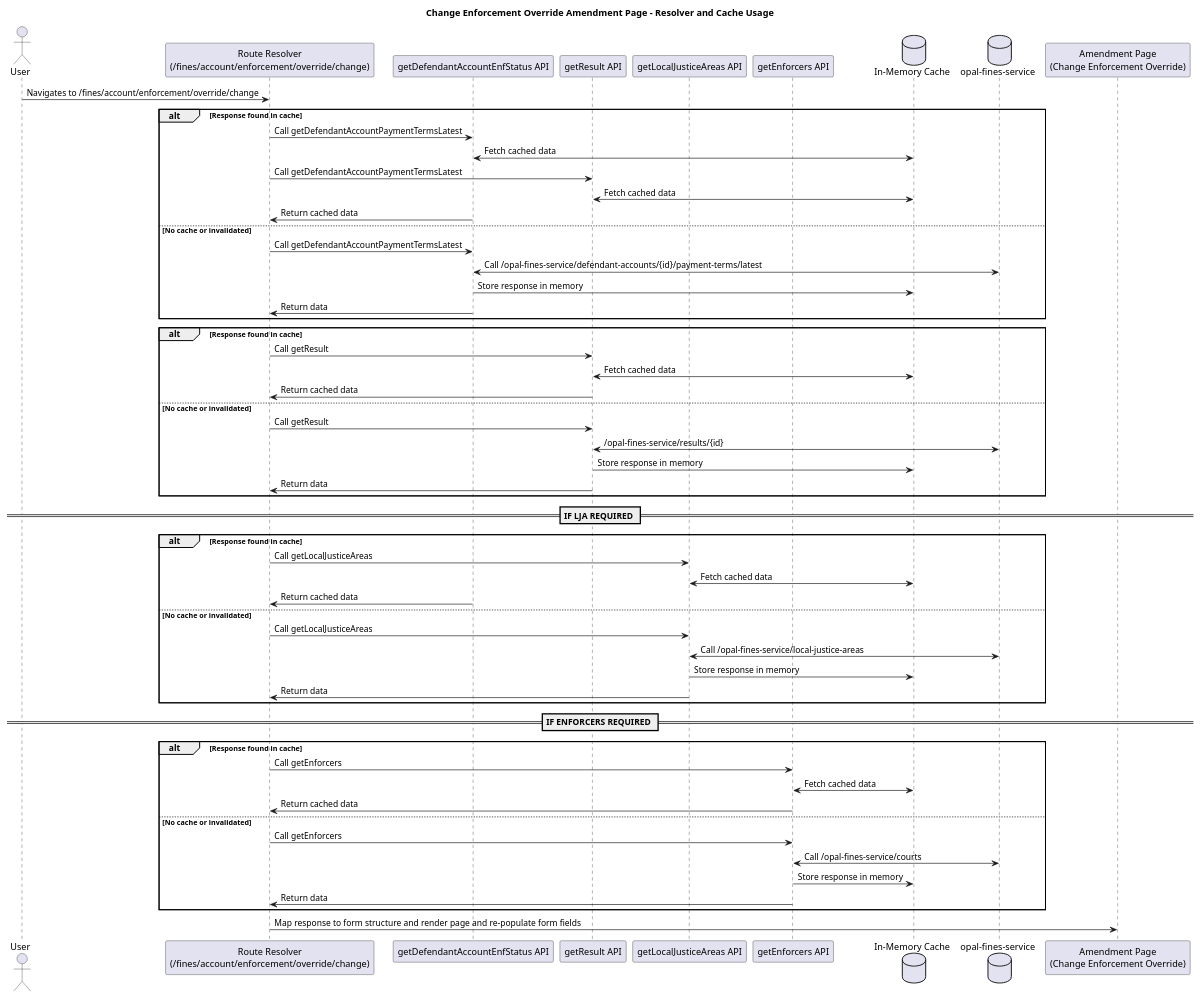
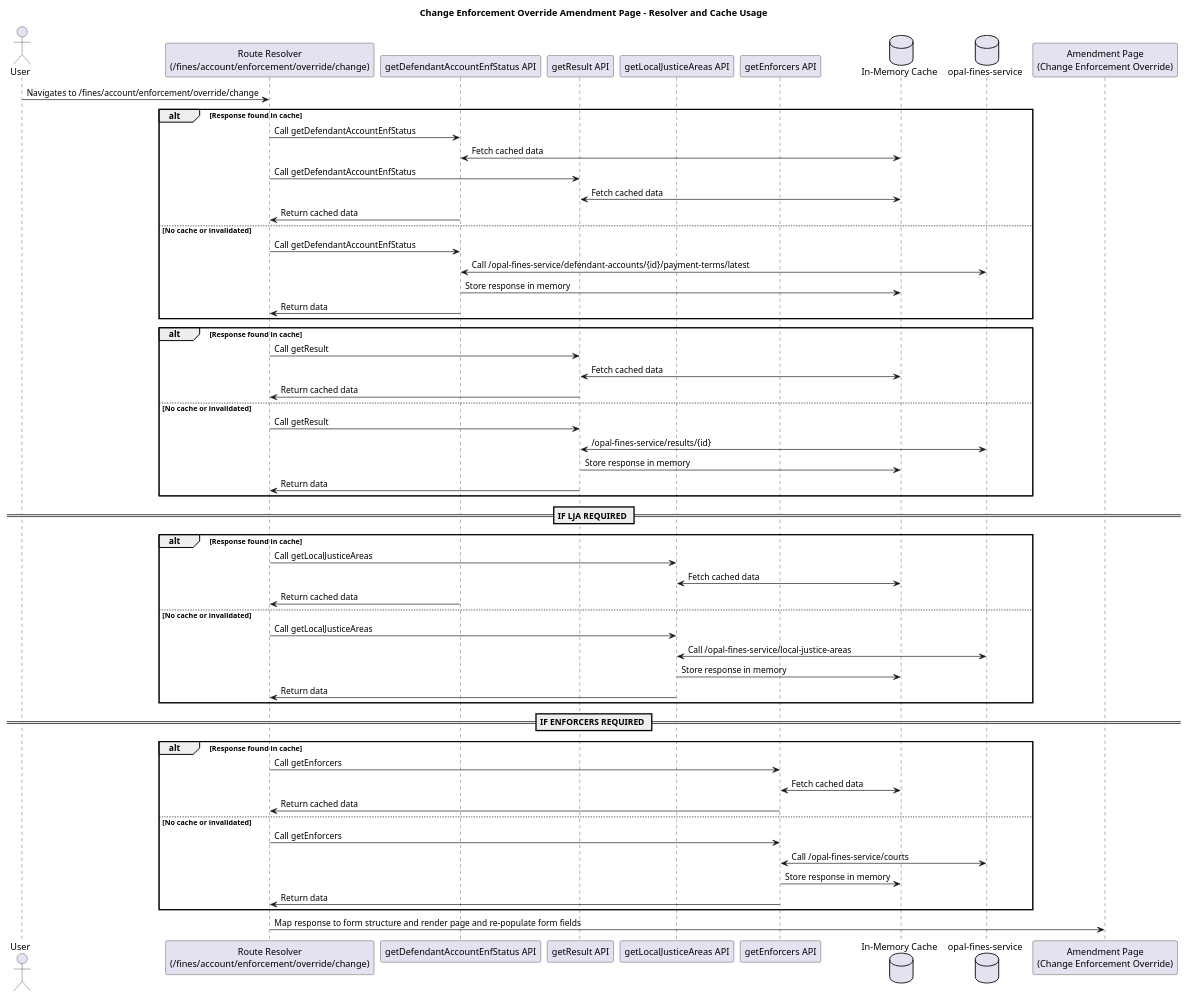
Before and after one commit to hmcts/opal-docs: the diagram in plantUML/fae-enforcement/fae-enforcement-change-enforcement-override-ui.puml, drawn with PlantUML.

Commit message:
Update API calls in Change Enforcement Override Amendment Page diagram to reflect correct function usage

```diff
--- a/plantUML/fae-enforcement/fae-enforcement-change-enforcement-override-ui.puml
+++ b/plantUML/fae-enforcement/fae-enforcement-change-enforcement-override-ui.puml
@@ -1,69 +1,69 @@
 @startuml
 title Change Enforcement Override Amendment Page - Resolver and Cache Usage
 
 actor User
 participant "Route Resolver\n(/fines/account/enforcement/override/change)" as Resolver
 participant "getDefendantAccountEnfStatus API" as API
 participant "getResult API" as API2
 participant "getLocalJusticeAreas API" as API3
 participant "getEnforcers API" as API4
 database "In-Memory Cache" as Cache
 database "opal-fines-service" as Backend
 participant "Amendment Page\n(Change Enforcement Override)" as Page
 
 User -> Resolver : Navigates to /fines/account/enforcement/override/change
 
 alt Response found in cache
-    Resolver -> API : Call getDefendantAccountPaymentTermsLatest
+    Resolver -> API : Call getDefendantAccountEnfStatus
     API <-> Cache : Fetch cached data
-    Resolver -> API2 : Call getDefendantAccountPaymentTermsLatest
+    Resolver -> API2 : Call getDefendantAccountEnfStatus
     API2 <-> Cache : Fetch cached data
     API -> Resolver : Return cached data
 else No cache or invalidated
-    Resolver -> API : Call getDefendantAccountPaymentTermsLatest
+    Resolver -> API : Call getDefendantAccountEnfStatus
     API <-> Backend : Call /opal-fines-service/defendant-accounts/{id}/payment-terms/latest
     API -> Cache : Store response in memory
     API -> Resolver : Return data
 end
 
 alt Response found in cache
     Resolver -> API2 : Call getResult
     API2 <-> Cache : Fetch cached data
     API2 -> Resolver : Return cached data
 else No cache or invalidated
     Resolver -> API2 : Call getResult
     API2 <-> Backend : /opal-fines-service/results/{id}
     API2 -> Cache : Store response in memory
     API2 -> Resolver : Return data
 end
 
 == IF LJA REQUIRED ==
 
 alt Response found in cache
     Resolver -> API3 : Call getLocalJusticeAreas
     API3 <-> Cache : Fetch cached data
     API -> Resolver : Return cached data
 else No cache or invalidated
     Resolver -> API3 : Call getLocalJusticeAreas
     API3 <-> Backend : Call /opal-fines-service/local-justice-areas 
     API3 -> Cache : Store response in memory
     API3 -> Resolver : Return data
 end
 
 == IF ENFORCERS REQUIRED ==
 
 alt Response found in cache
     Resolver -> API4 : Call getEnforcers
     API4 <-> Cache : Fetch cached data
     API4 -> Resolver : Return cached data
 else No cache or invalidated
     Resolver -> API4 : Call getEnforcers
     API4 <-> Backend : Call /opal-fines-service/courts 
     API4 -> Cache : Store response in memory
     API4 -> Resolver : Return data
 end
 
 
 
 Resolver -> Page : Map response to form structure and render page and re-populate form fields
 @enduml
```
